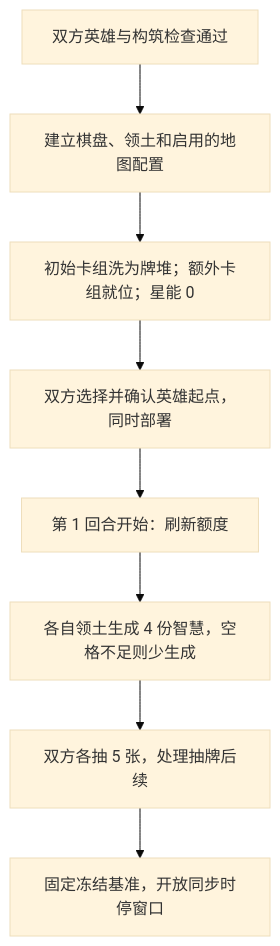
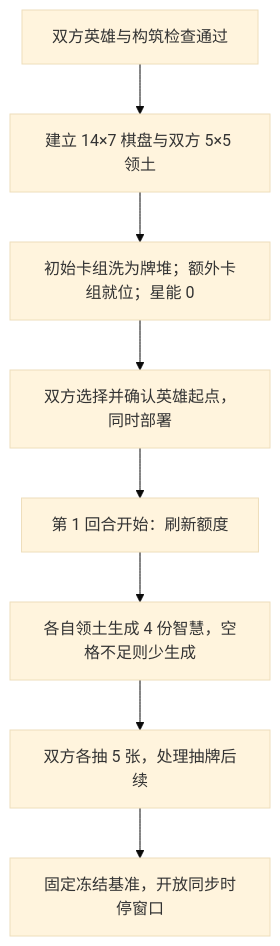
One commit to Time-Block-Hero/tbh-website changed the diagram in docs/rules/standard/setup.md. Above: the diagram before and after it, drawn with Mermaid (base theme). The commit also changed other lines of this file and 10 other files, not shown here.

````diff
--- a/docs/rules/standard/setup.md
+++ b/docs/rules/standard/setup.md
@@ -96,10 +96,10 @@
 ```mermaid
 flowchart TD
-  check["双方英雄与构筑检查通过"] --> map["建立棋盘、领土和启用的地图配置"]
+  check["双方英雄与构筑检查通过"] --> map["建立 14×7 棋盘与双方 5×5 领土"]
   map --> decks["初始卡组洗为牌堆；额外卡组就位；星能 0"]
   decks --> deploy["双方选择并确认英雄起点，同时部署"]
   deploy --> round["第 1 回合开始：刷新额度"]
   round --> resource["各自领土生成 4 份智慧，空格不足则少生成"]
   resource --> draw["双方各抽 5 张，处理抽牌后续"]
   draw --> stop["固定冻结基准，开放同步时停窗口"]
 ```
````
